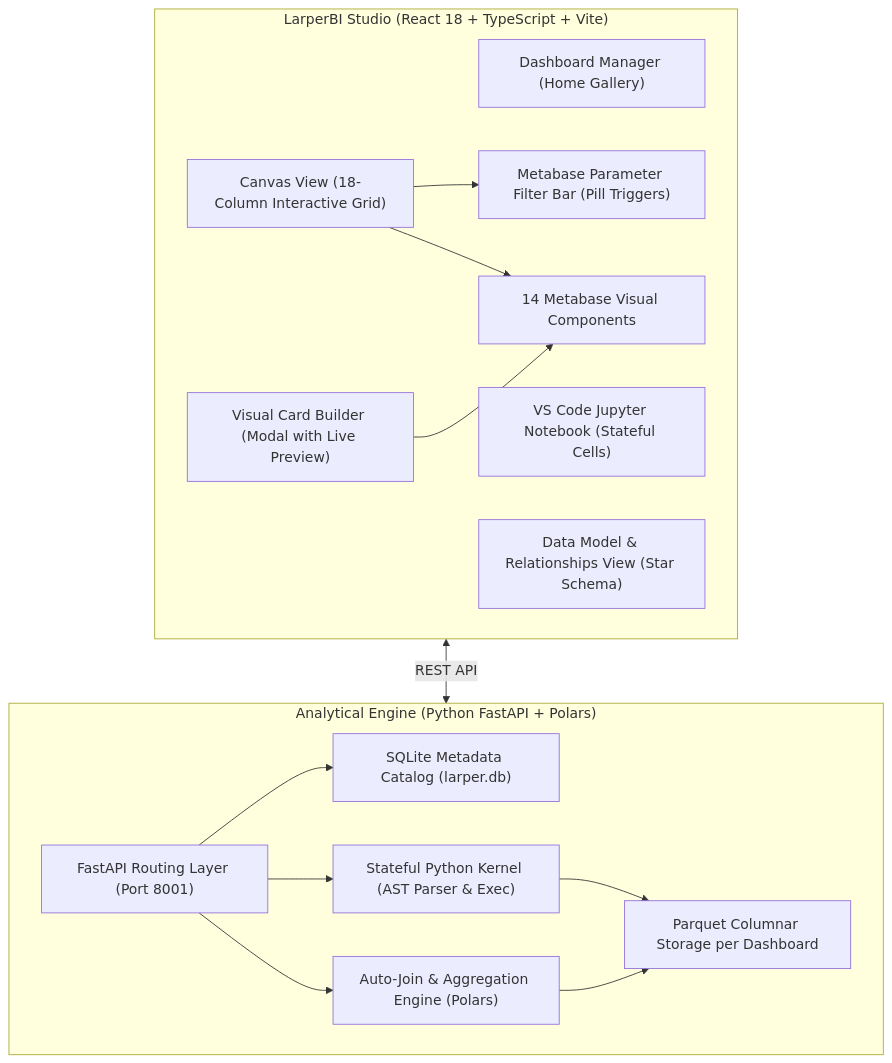
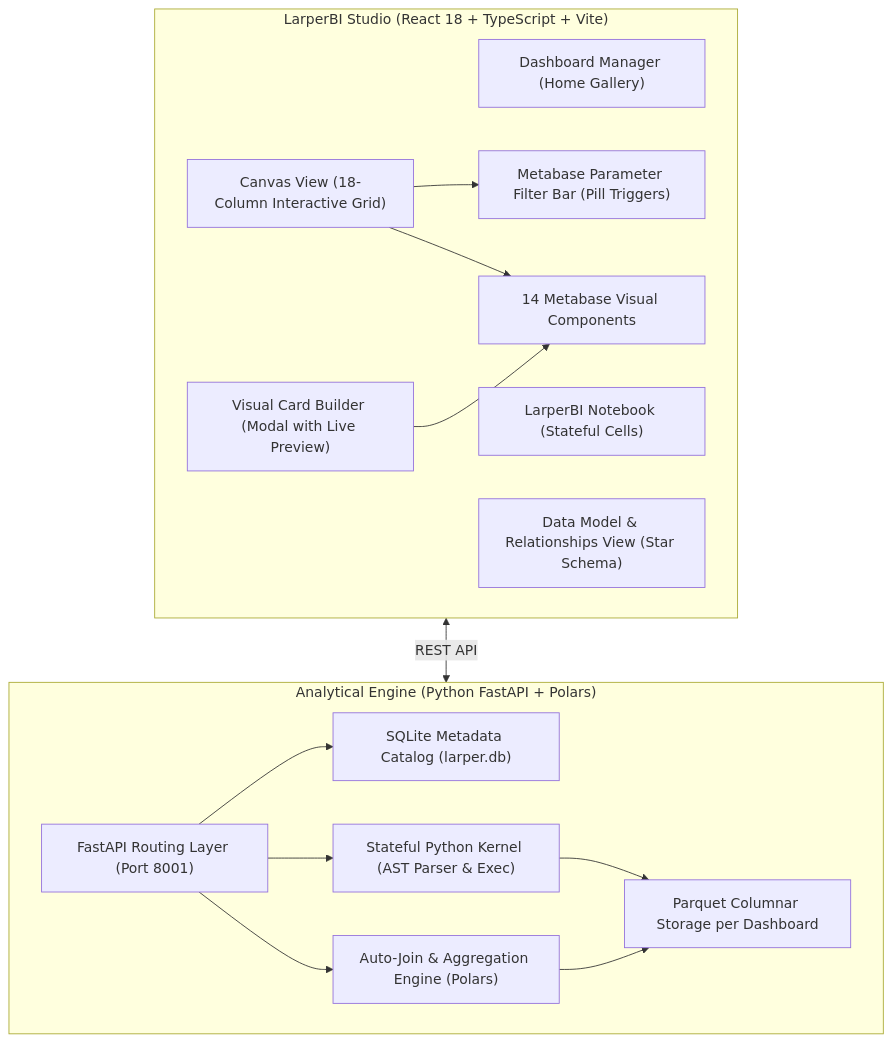
The diagram in README.md (BunkhloemPEL/LarperBI), drawn with Mermaid before and after one commit. The commit also changed other lines of this file and 32 other files, not shown here.

First line of the commit message:
feat: Excel-style Data View and LarperBI-themed Notebook

````diff
--- a/README.md
+++ b/README.md
@@ -33,32 +33,32 @@
 ```mermaid
 graph TD
     subgraph Frontend ["LarperBI Studio (React 18 + TypeScript + Vite)"]
         DashboardManager["Dashboard Manager (Home Gallery)"]
         CanvasView["Canvas View (18-Column Interactive Grid)"]
         ParameterBar["Metabase Parameter Filter Bar (Pill Triggers)"]
         CardBuilder["Visual Card Builder (Modal with Live Preview)"]
-        JupyterNotebook["VS Code Jupyter Notebook (Stateful Cells)"]
+        JupyterNotebook["LarperBI Notebook (Stateful Cells)"]
         ModelView["Data Model & Relationships View (Star Schema)"]
         VizComponents["14 Metabase Visual Components"]
         
         CanvasView --> ParameterBar
         CanvasView --> VizComponents
         CardBuilder --> VizComponents
     end
 
     subgraph Backend ["Analytical Engine (Python FastAPI + Polars)"]
         API["FastAPI Routing Layer (Port 8001)"]
         KernelSession["Stateful Python Kernel (AST Parser & Exec)"]
         QueryEngine["Auto-Join & Aggregation Engine (Polars)"]
         Catalog["SQLite Metadata Catalog (larper.db)"]
         Storage["Parquet Columnar Storage per Dashboard"]
         
         API --> Catalog
         API --> KernelSession
         API --> QueryEngine
         KernelSession --> Storage
         QueryEngine --> Storage
     end
 
     Frontend <-->|REST API| Backend
 ```
````
